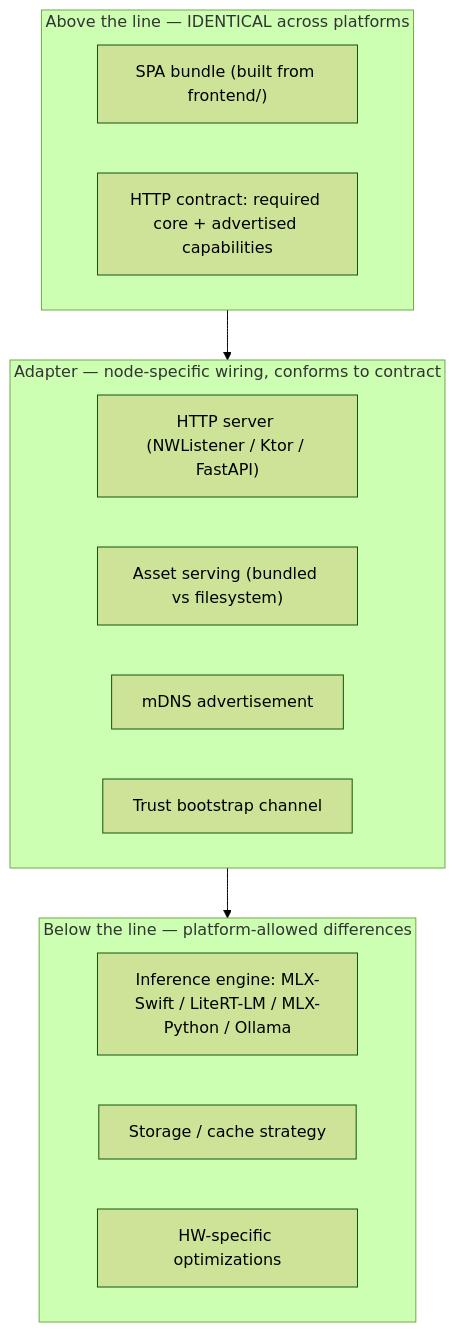
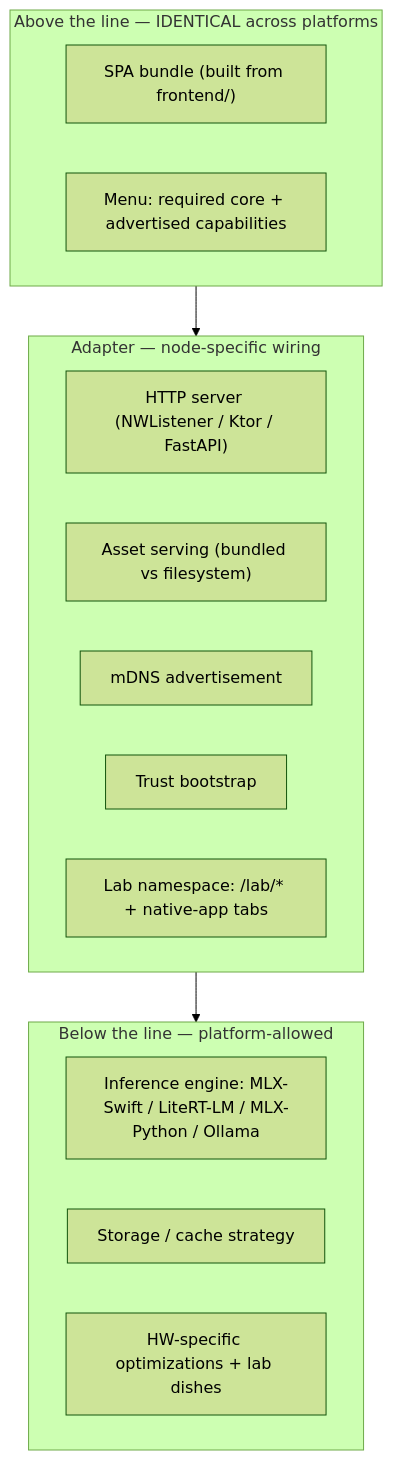
Before and after one commit to llm-case-studies/iHomeNerd: the first of 2 diagrams in docs/ARCHITECTURE_NODE_PARITY.md, drawn with Mermaid (forest theme). The commit also changed other lines of this file, not shown here.

````diff
--- a/docs/ARCHITECTURE_NODE_PARITY.md
+++ b/docs/ARCHITECTURE_NODE_PARITY.md
@@ -116,19 +168,20 @@
 ```mermaid
 flowchart TB
     subgraph Above[Above the line — IDENTICAL across platforms]
         spa["SPA bundle (built from frontend/)"]
-        contract["HTTP contract: required core + advertised capabilities"]
+        contract["Menu: required core + advertised capabilities"]
     end
-    subgraph Adapter[Adapter — node-specific wiring, conforms to contract]
+    subgraph Adapter[Adapter — node-specific wiring]
         http["HTTP server (NWListener / Ktor / FastAPI)"]
         assets["Asset serving (bundled vs filesystem)"]
         mdns["mDNS advertisement"]
-        trust["Trust bootstrap channel"]
+        trust["Trust bootstrap"]
+        lab["Lab namespace: /lab/* + native-app tabs"]
     end
-    subgraph Below[Below the line — platform-allowed differences]
+    subgraph Below[Below the line — platform-allowed]
         engine["Inference engine: MLX-Swift / LiteRT-LM / MLX-Python / Ollama"]
         storage["Storage / cache strategy"]
-        hw["HW-specific optimizations"]
+        hw["HW-specific optimizations + lab dishes"]
     end
     Above --> Adapter --> Below
 ```
````
